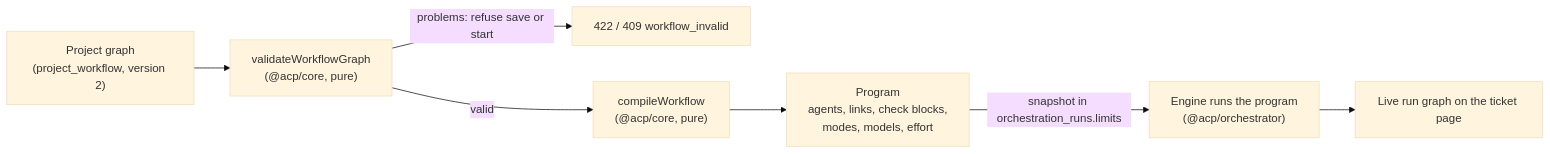
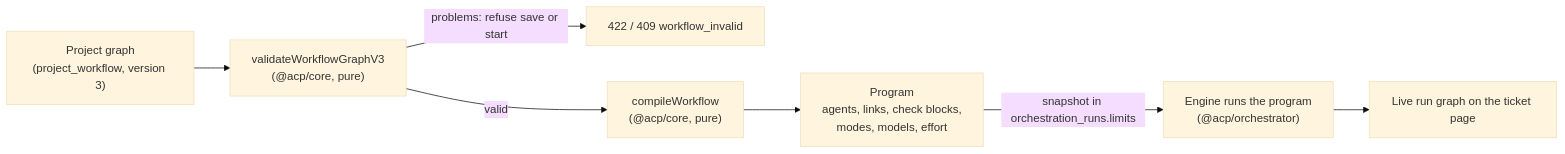
One commit to keerthivibisan/agent-control-plane changed the fourth of 6 diagrams in docs/architecture.md. Above: the diagram before and after it, drawn with Mermaid (base theme). The commit also changed other lines of this file and 3 other files, not shown here.

````diff
--- a/docs/architecture.md
+++ b/docs/architecture.md
@@ -252,9 +252,9 @@
 ```mermaid
 flowchart LR
-  G["Project graph<br/>(project_workflow, version 2)"] --> V["validateWorkflowGraph<br/>(@acp/core, pure)"]
+  G["Project graph<br/>(project_workflow, version 3)"] --> V["validateWorkflowGraphV3<br/>(@acp/core, pure)"]
   V -->|"problems: refuse save or start"| X["422 / 409 workflow_invalid"]
   V -->|valid| C["compileWorkflow<br/>(@acp/core, pure)"]
   C --> P["Program<br/>agents, links, check blocks,<br/>modes, models, effort"]
   P -->|"snapshot in orchestration_runs.limits"| E["Engine runs the program<br/>(@acp/orchestrator)"]
   E --> L["Live run graph on the ticket page"]
 ```
````
